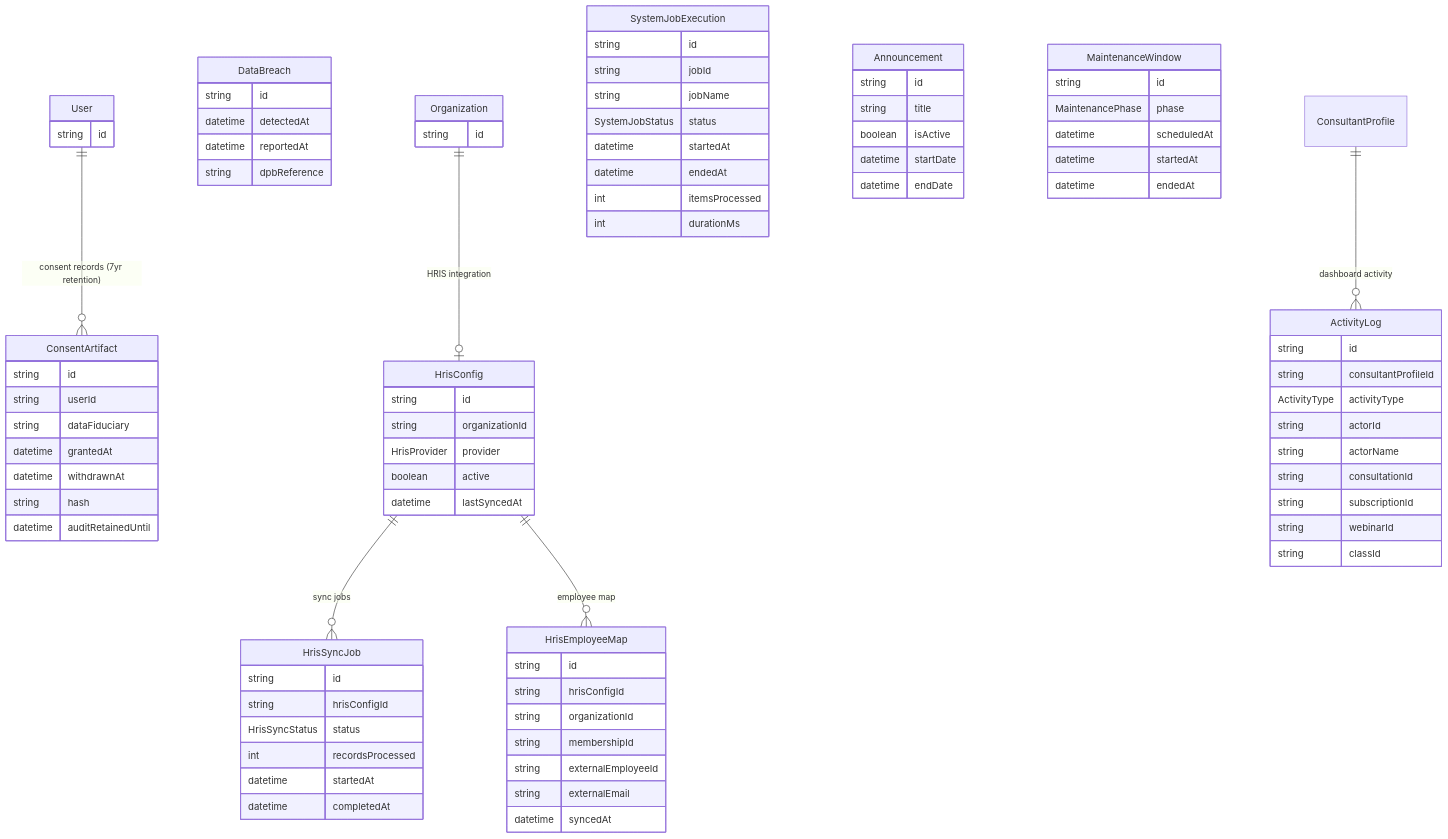
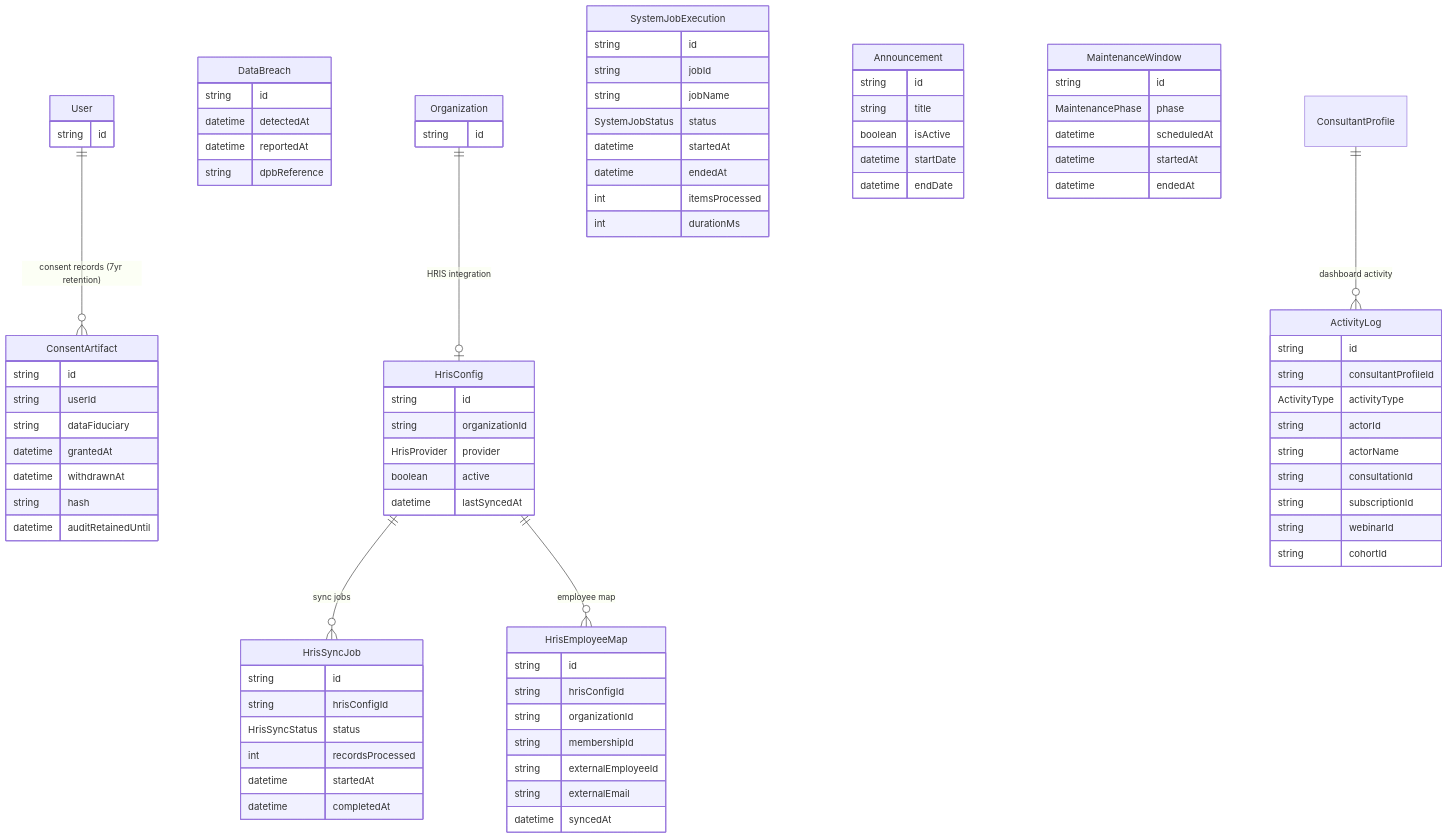
Diagram 24 of 24 in docs/prisma/00-schema-map.md (Practitionist/familiarise_web), drawn with Mermaid before and after one commit. The commit also changed other lines of this file and 89 other files, not shown here.

```diff
--- a/docs/prisma/00-schema-map.md
+++ b/docs/prisma/00-schema-map.md
@@ -1846,7 +1846,7 @@
         string consultationId
         string subscriptionId
         string webinarId
-        string classId
+        string cohortId
     }
     SystemJobExecution {
         string id
```
